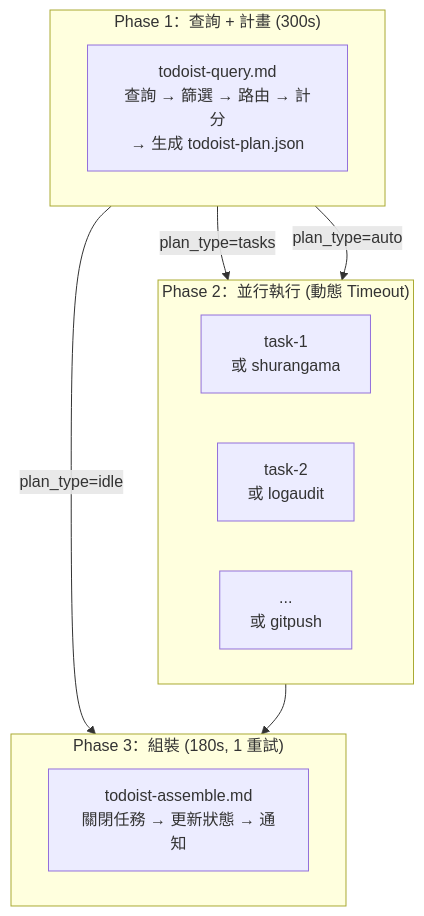
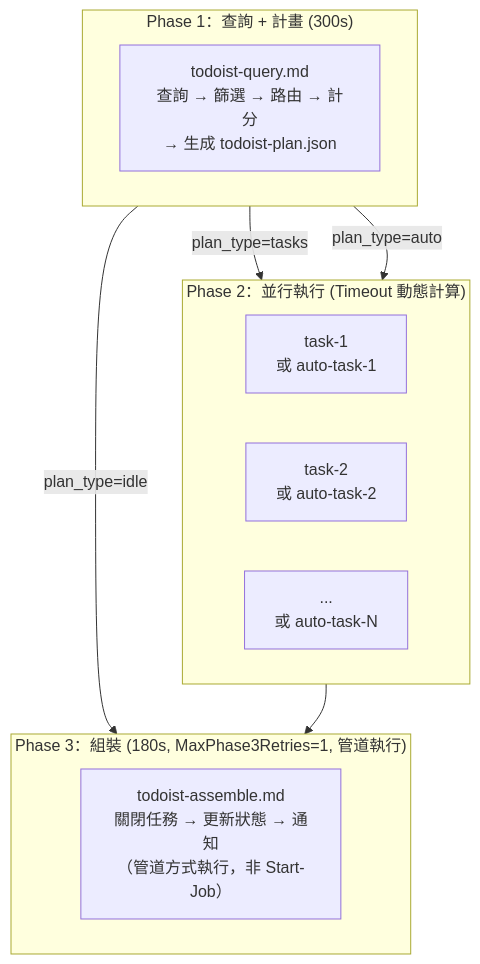
Before and after one commit to wangsc2024/daily-digest-prompt: the fifth of 9 diagrams in specs/system-docs/ssd.md, drawn with Mermaid. The commit also changed other lines of this file and 51 other files, not shown here.

````diff
--- a/specs/system-docs/ssd.md
+++ b/specs/system-docs/ssd.md
@@ -1044,22 +1152,22 @@
 ```mermaid
 flowchart TD
     subgraph Phase1["Phase 1：查詢 + 計畫 (300s)"]
         Q["todoist-query.md<br/>查詢 → 篩選 → 路由 → 計分<br/>→ 生成 todoist-plan.json"]
     end
 
-    subgraph Phase2["Phase 2：並行執行 (動態 Timeout)"]
+    subgraph Phase2["Phase 2：並行執行 (Timeout 動態計算)"]
         direction LR
-        T1["task-1<br/>或 shurangama"]
-        T2["task-2<br/>或 logaudit"]
-        T3["...<br/>或 gitpush"]
+        T1["task-1<br/>或 auto-task-1"]
+        T2["task-2<br/>或 auto-task-2"]
+        T3["...<br/>或 auto-task-N"]
     end
 
-    subgraph Phase3["Phase 3：組裝 (180s, 1 重試)"]
-        A["todoist-assemble.md<br/>關閉任務 → 更新狀態 → 通知"]
+    subgraph Phase3["Phase 3：組裝 (180s, MaxPhase3Retries=1, 管道執行)"]
+        A["todoist-assemble.md<br/>關閉任務 → 更新狀態 → 通知<br/>（管道方式執行，非 Start-Job）"]
     end
 
     Phase1 -->|"plan_type=tasks"| Phase2
     Phase1 -->|"plan_type=auto"| Phase2
     Phase1 -->|"plan_type=idle"| Phase3
     Phase2 --> Phase3
 ```
````
